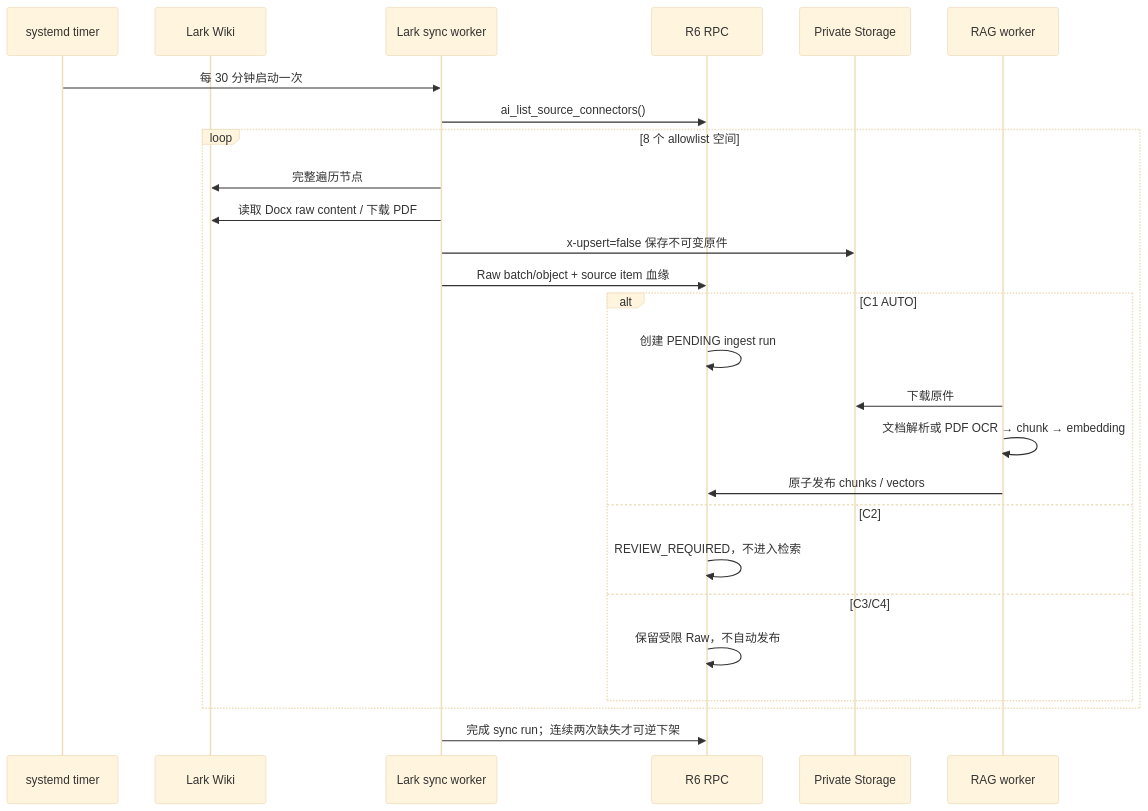
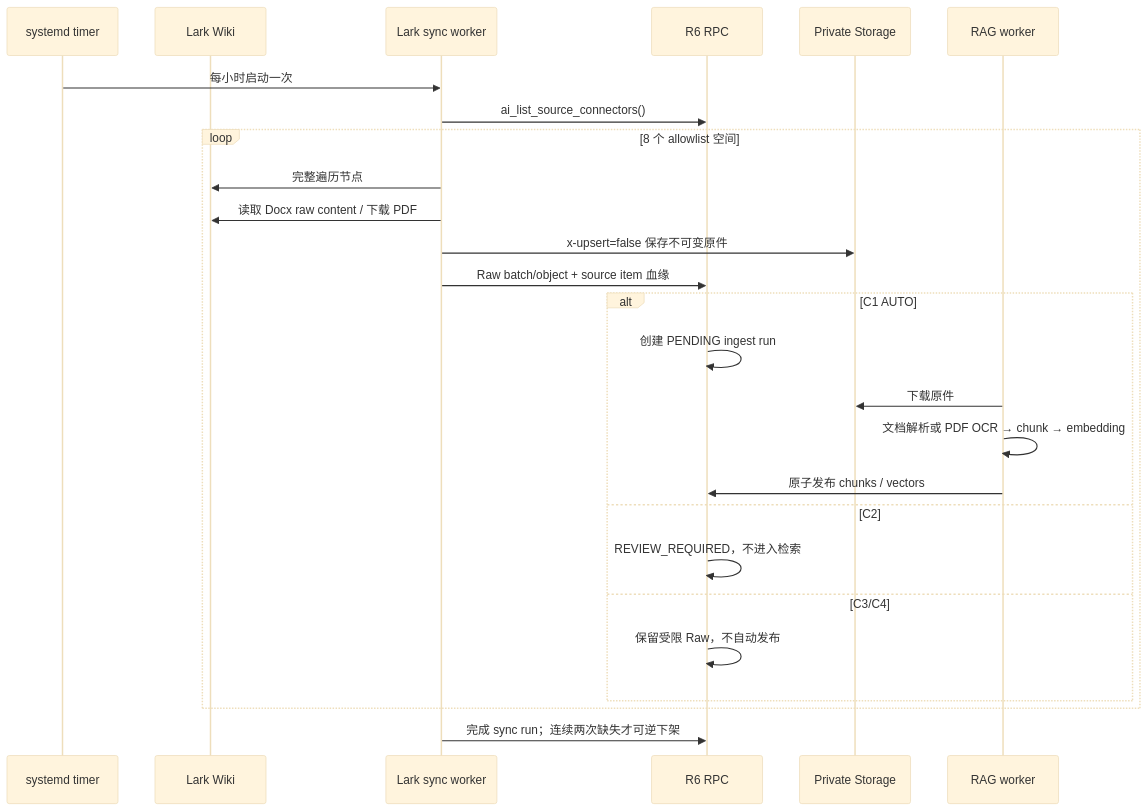
One commit to AlgerSSS/bakery-ops changed the third of 4 diagrams in docs/database/hotcrush-r6-green-database-blueprint-v1.md. Above: the diagram before and after it, drawn with Mermaid (base theme). The commit also changed other lines of this file and 8 other files, not shown here.

````diff
--- a/docs/database/hotcrush-r6-green-database-blueprint-v1.md
+++ b/docs/database/hotcrush-r6-green-database-blueprint-v1.md
@@ -316,29 +316,29 @@
 ```mermaid
 sequenceDiagram
   participant T as systemd timer
   participant L as Lark Wiki
   participant S as Lark sync worker
   participant DB as R6 RPC
   participant ST as Private Storage
   participant W as RAG worker
 
-  T->>S: 每 30 分钟启动一次
+  T->>S: 每小时启动一次
   S->>DB: ai_list_source_connectors()
   loop 8 个 allowlist 空间
     S->>L: 完整遍历节点
     S->>L: 读取 Docx raw content / 下载 PDF
     S->>ST: x-upsert=false 保存不可变原件
     S->>DB: Raw batch/object + source item 血缘
     alt C1 AUTO
       DB->>DB: 创建 PENDING ingest run
       W->>ST: 下载原件
       W->>W: 文档解析或 PDF OCR → chunk → embedding
       W->>DB: 原子发布 chunks / vectors
     else C2
       DB->>DB: REVIEW_REQUIRED，不进入检索
     else C3/C4
       DB->>DB: 保留受限 Raw，不自动发布
     end
   end
   S->>DB: 完成 sync run；连续两次缺失才可逆下架
 ```
````
